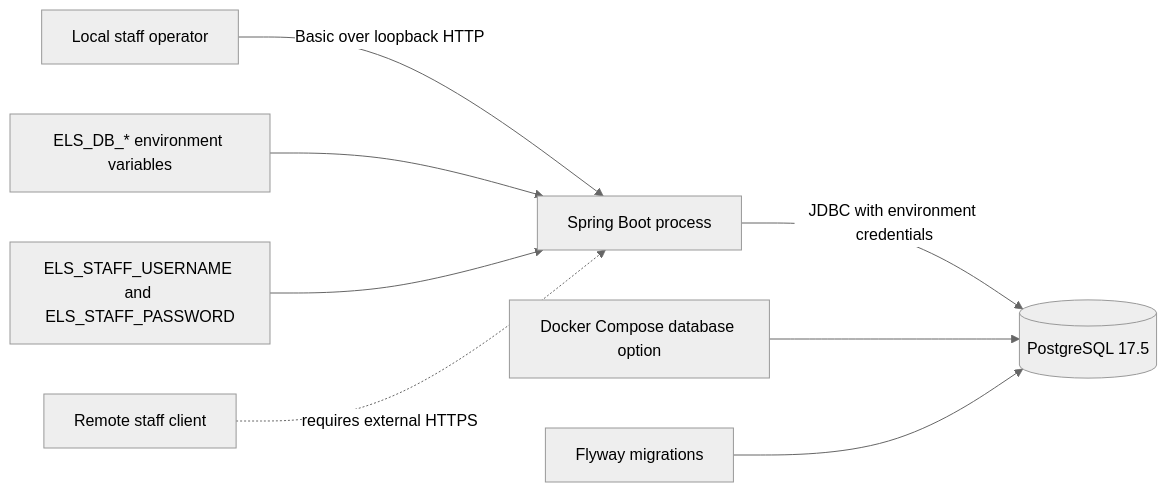
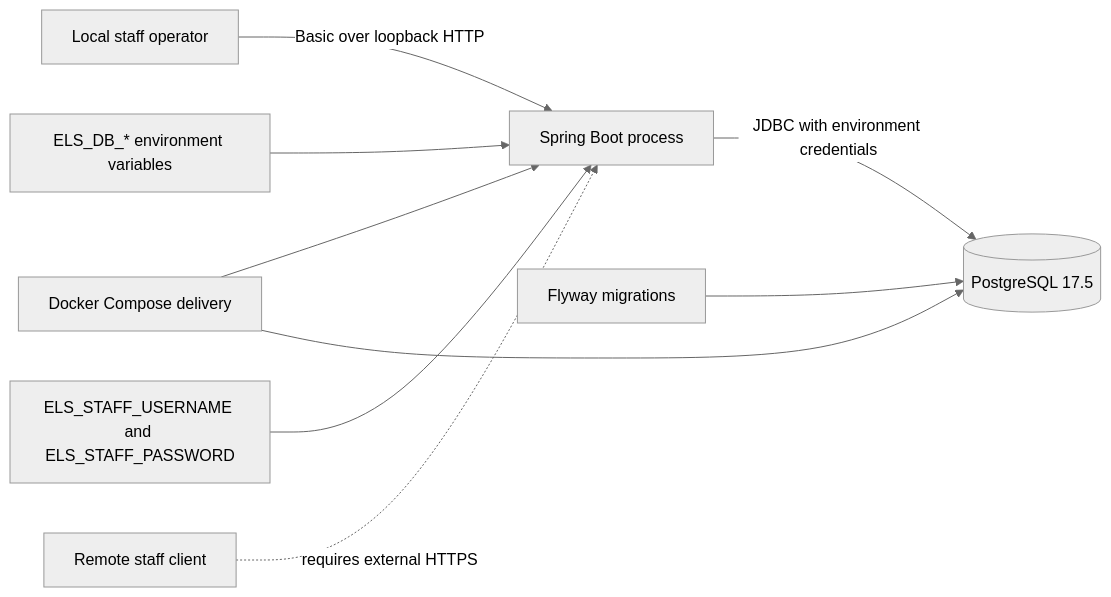
Before and after one commit to komayl-dbouk/Equipment-Lending-System: the sixth of 6 diagrams in docs/design/architecture.md, drawn with Mermaid (neutral theme). The commit also changed other lines of this file and 17 other files, not shown here.

````diff
--- a/docs/design/architecture.md
+++ b/docs/design/architecture.md
@@ -262,10 +262,11 @@
 ```mermaid
 flowchart LR
   Staff[Local staff operator] -->|Basic over loopback HTTP| App[Spring Boot process]
   App -->|JDBC with environment credentials| DB[(PostgreSQL 17.5)]
-  Compose[Docker Compose database option] --> DB
+  Compose[Docker Compose delivery] --> App
+  Compose --> DB
   Flyway[Flyway migrations] --> DB
   DbEnv[ELS_DB_* environment variables] --> App
   StaffEnv[ELS_STAFF_USERNAME and ELS_STAFF_PASSWORD] --> App
   Remote[Remote staff client] -. requires external HTTPS .-> App
 ```
````
